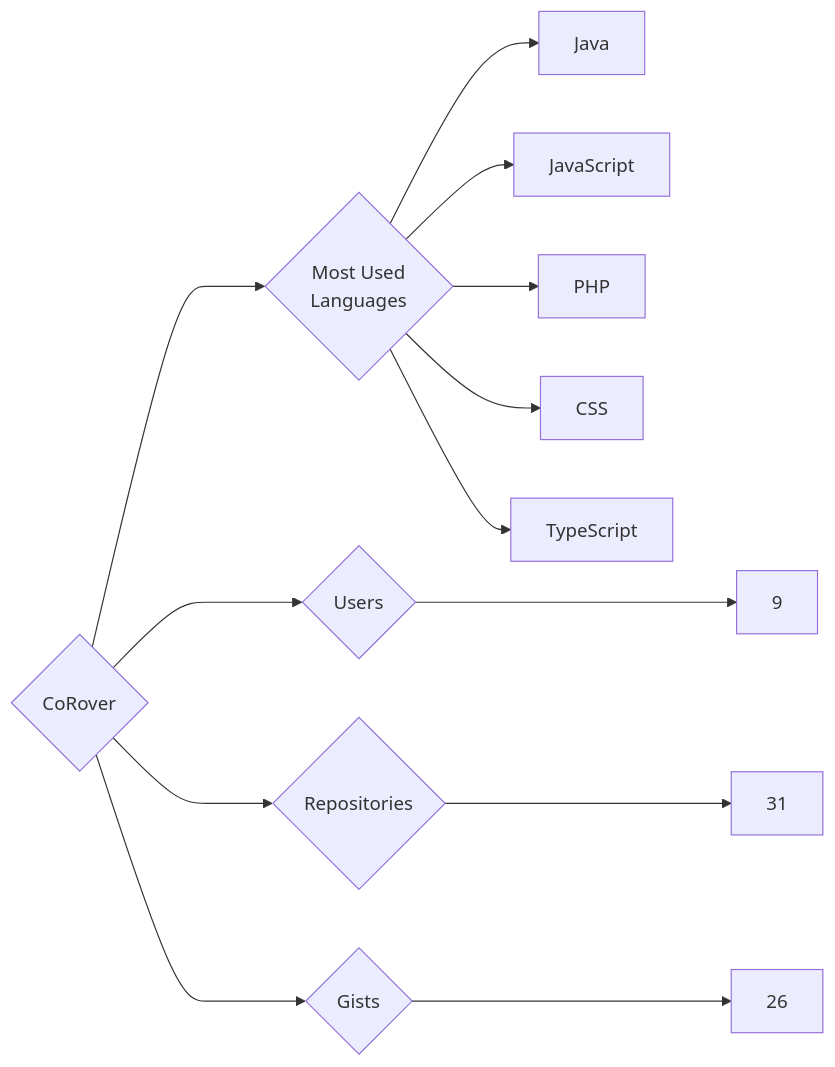
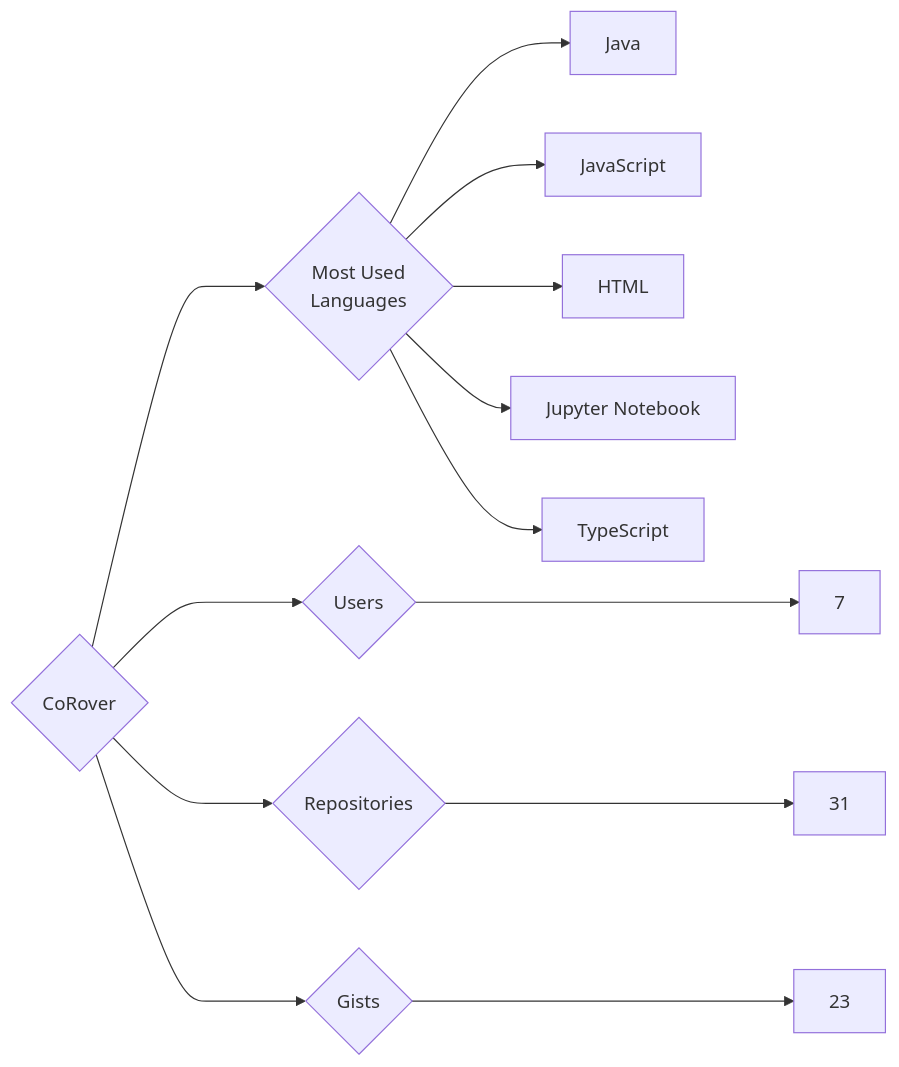
The diagram in targets/CoRover/README.md (trickest/insiders), drawn with Mermaid before and after one commit. The commit also changed 1238 other files, not shown here.

````diff
--- a/targets/CoRover/README.md
+++ b/targets/CoRover/README.md
@@ -3,13 +3,13 @@
 ```mermaid
 graph LR
 COMPANY_NAME{CoRover}
-COMPANY_NAME ---> U{Users} ---> UN[9]
+COMPANY_NAME ---> U{Users} ---> UN[7]
 COMPANY_NAME ---> R{Repositories} ---> RN[31]
-COMPANY_NAME ---> G{Gists} ---> GN[26]
+COMPANY_NAME ---> G{Gists} ---> GN[23]
 COMPANY_NAME ---> ML{Most Used<br>Languages}
 ML --> Java[Java]
 ML --> JavaScript[JavaScript]
-ML --> PHP[PHP]
-ML --> CSS[CSS]
+ML --> HTML[HTML]
+ML --> Jupyter_Notebook[Jupyter Notebook]
 ML --> TypeScript[TypeScript]
 ```
````
